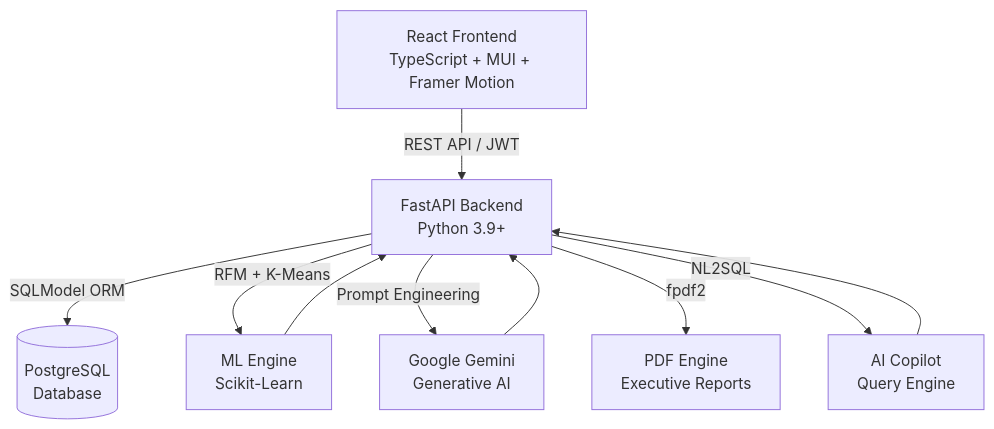
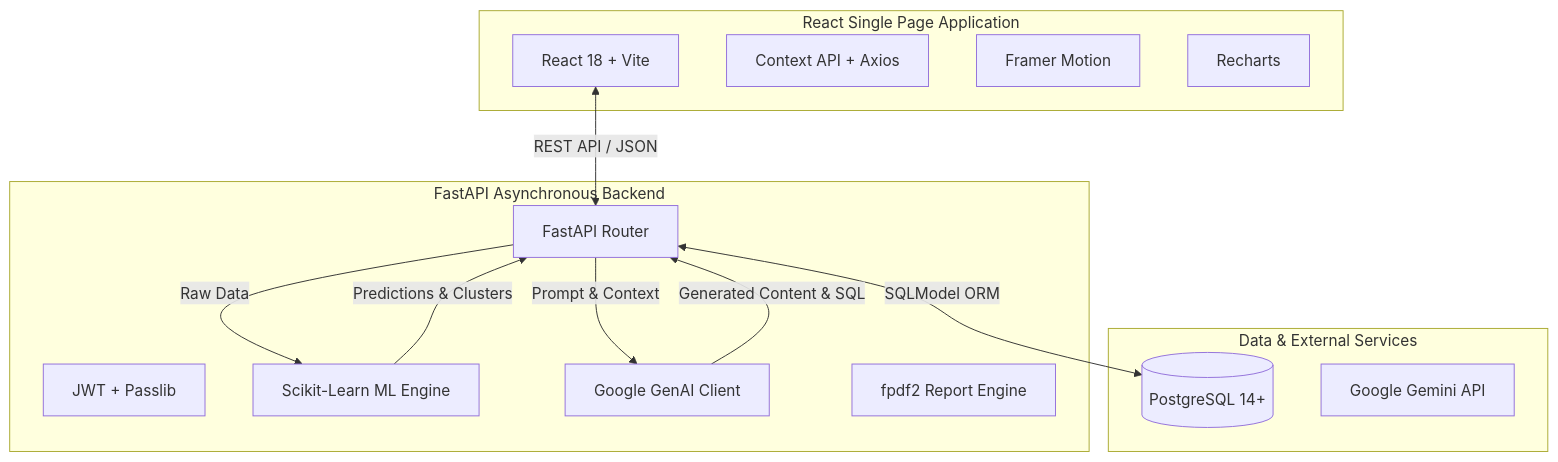
Before and after one commit to Sahaj2310/Revenue-Operations-Analytics-Platform: the diagram in README.md, drawn with Mermaid. The commit also changed other lines of this file, not shown here.

````diff
--- a/README.md
+++ b/README.md
@@ -64,12 +52,29 @@
 ```mermaid
 graph TD
-    A[React Frontend<br/>TypeScript + MUI + Framer Motion] -->|REST API / JWT| B[FastAPI Backend<br/>Python 3.9+]
-    B -->|SQLModel ORM| C[(PostgreSQL<br/>Database)]
-    B -->|RFM + K-Means| D[ML Engine<br/>Scikit-Learn]
-    B -->|Prompt Engineering| E[Google Gemini<br/>Generative AI]
-    B -->|fpdf2| F[PDF Engine<br/>Executive Reports]
-    B -->|NL2SQL| G[AI Copilot<br/>Query Engine]
-    E --> B
-    D --> B
-    G --> B
+    subgraph Frontend [React Single Page Application]
+        UI[React 18 + Vite]
+        State[Context API + Axios]
+        Animations[Framer Motion]
+        Charts[Recharts]
+    end
+
+    subgraph Backend [FastAPI Asynchronous Backend]
+        API[FastAPI Router]
+        Auth[JWT + Passlib]
+        ML[Scikit-Learn ML Engine]
+        GenAI[Google GenAI Client]
+        PDF[fpdf2 Report Engine]
+    end
+
+    subgraph Infrastructure [Data & External Services]
+        DB[(PostgreSQL 14+)]
+        Gemini[Google Gemini API]
+    end
+
+    UI <-->|REST API / JSON| API
+    API <-->|SQLModel ORM| DB
+    API -->|Prompt & Context| GenAI
+    GenAI -->|Generated Content & SQL| API
+    API -->|Raw Data| ML
+    ML -->|Predictions & Clusters| API
 ```
````
